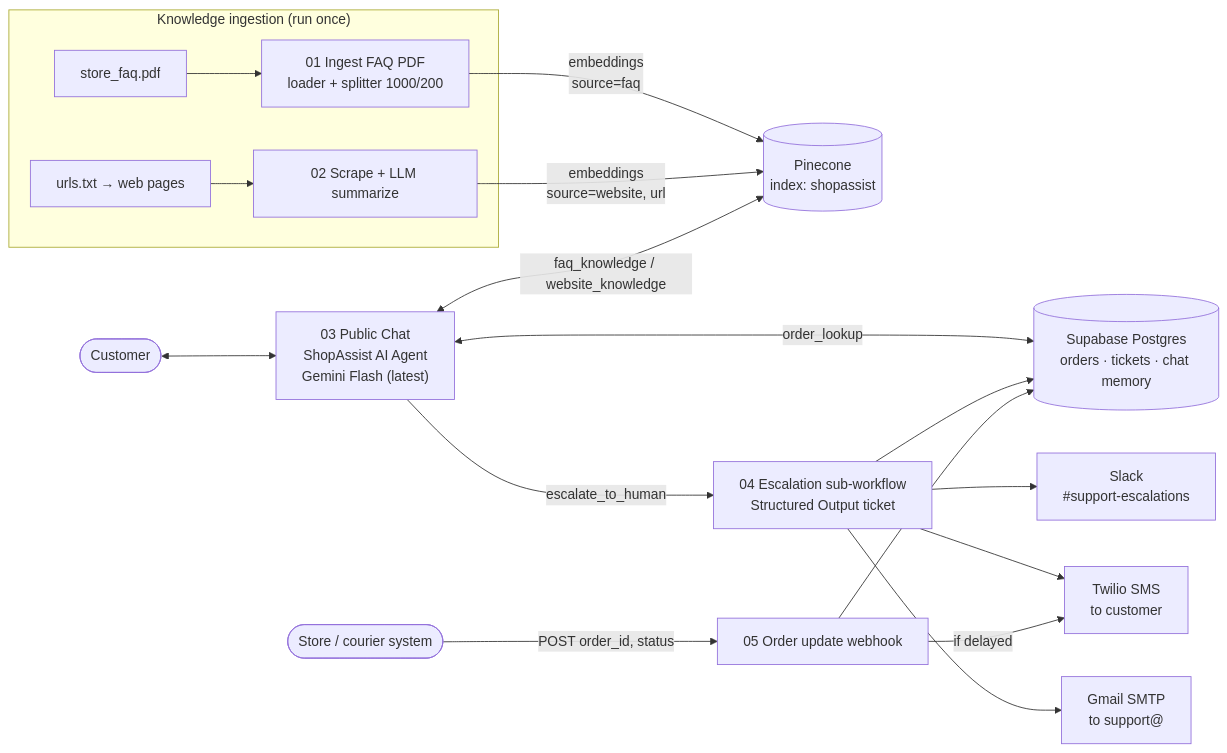
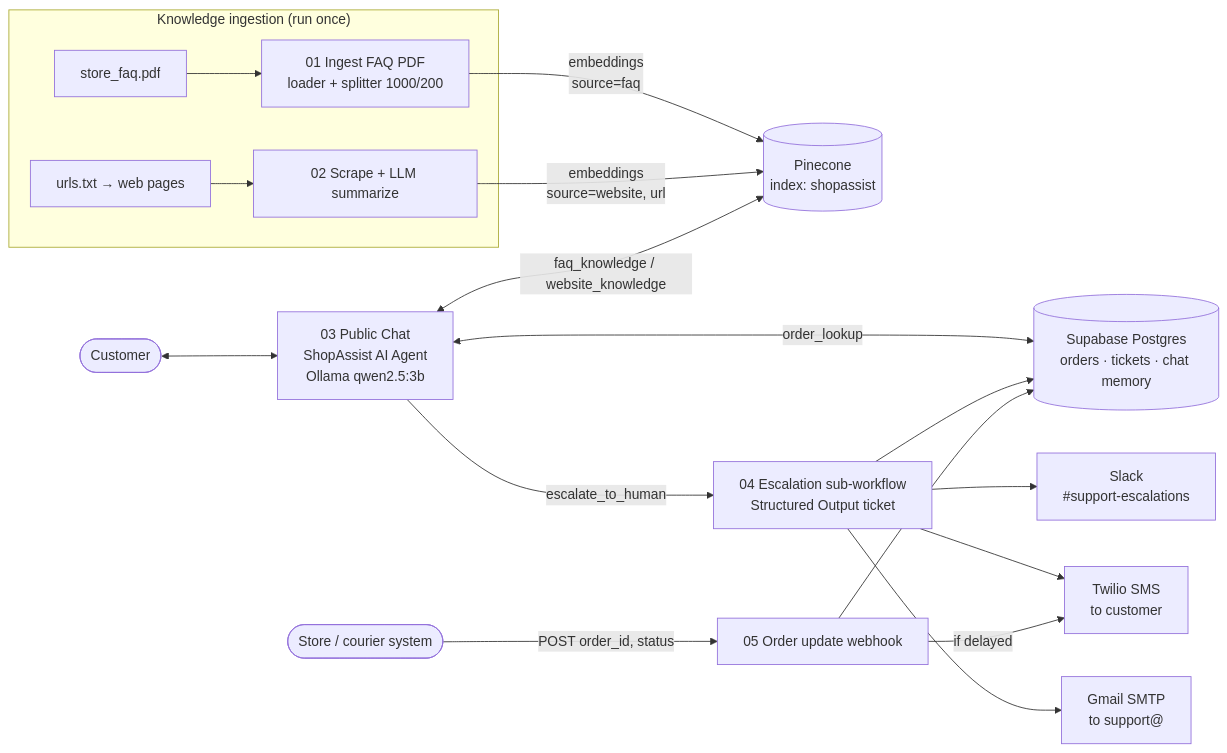
Before and after one commit to kritikab01/ShopAssist-AI: the diagram in README.md, drawn with Mermaid. The commit also changed other lines of this file and 12 other files, not shown here.

First line of the commit message:
Switch AI from Google Gemini to local Ollama; Pinecone index 768

````diff
--- a/README.md
+++ b/README.md
@@ -36,22 +36,22 @@
 ```mermaid
 flowchart LR
     subgraph Ingestion["Knowledge ingestion (run once)"]
         PDF["store_faq.pdf"] --> W01["01 Ingest FAQ PDF<br/>loader + splitter 1000/200"]
         URLS["urls.txt → web pages"] --> W02["02 Scrape + LLM summarize"]
     end
     W01 -- "embeddings<br/>source=faq" --> PC[("Pinecone<br/>index: shopassist")]
     W02 -- "embeddings<br/>source=website, url" --> PC
 
-    C(["Customer"]) <--> CHAT["03 Public Chat<br/>ShopAssist AI Agent<br/>Gemini Flash (latest)"]
+    C(["Customer"]) <--> CHAT["03 Public Chat<br/>ShopAssist AI Agent<br/>Ollama qwen2.5:3b"]
     CHAT <-->|"faq_knowledge / website_knowledge"| PC
     CHAT <-->|"order_lookup"| PG[("Supabase Postgres<br/>orders · tickets · chat memory")]
     CHAT -->|"escalate_to_human"| W04["04 Escalation sub-workflow<br/>Structured Output ticket"]
     W04 --> PG
     W04 --> SL["Slack<br/>#support-escalations"]
     W04 --> TW["Twilio SMS<br/>to customer"]
     W04 --> EM["Gmail SMTP<br/>to support@"]
 
     SYS(["Store / courier system"]) -->|"POST order_id, status"| W05["05 Order update webhook"]
     W05 --> PG
     W05 -->|"if delayed"| TW
 ```
````
